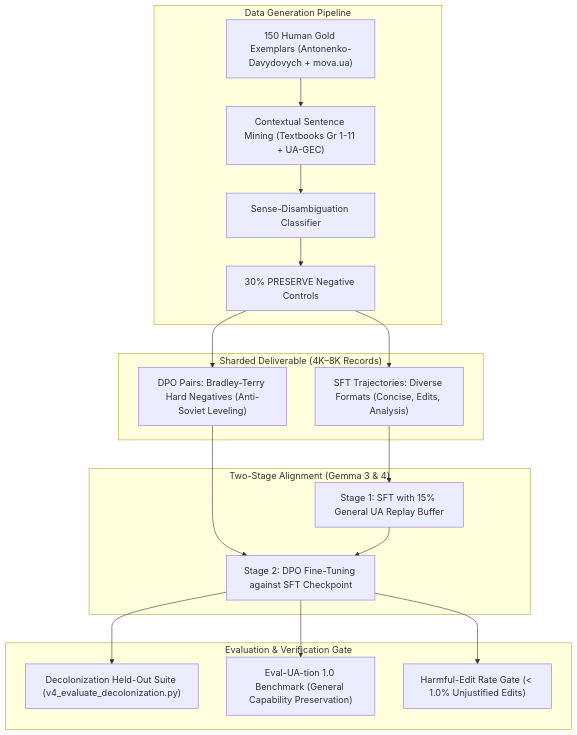
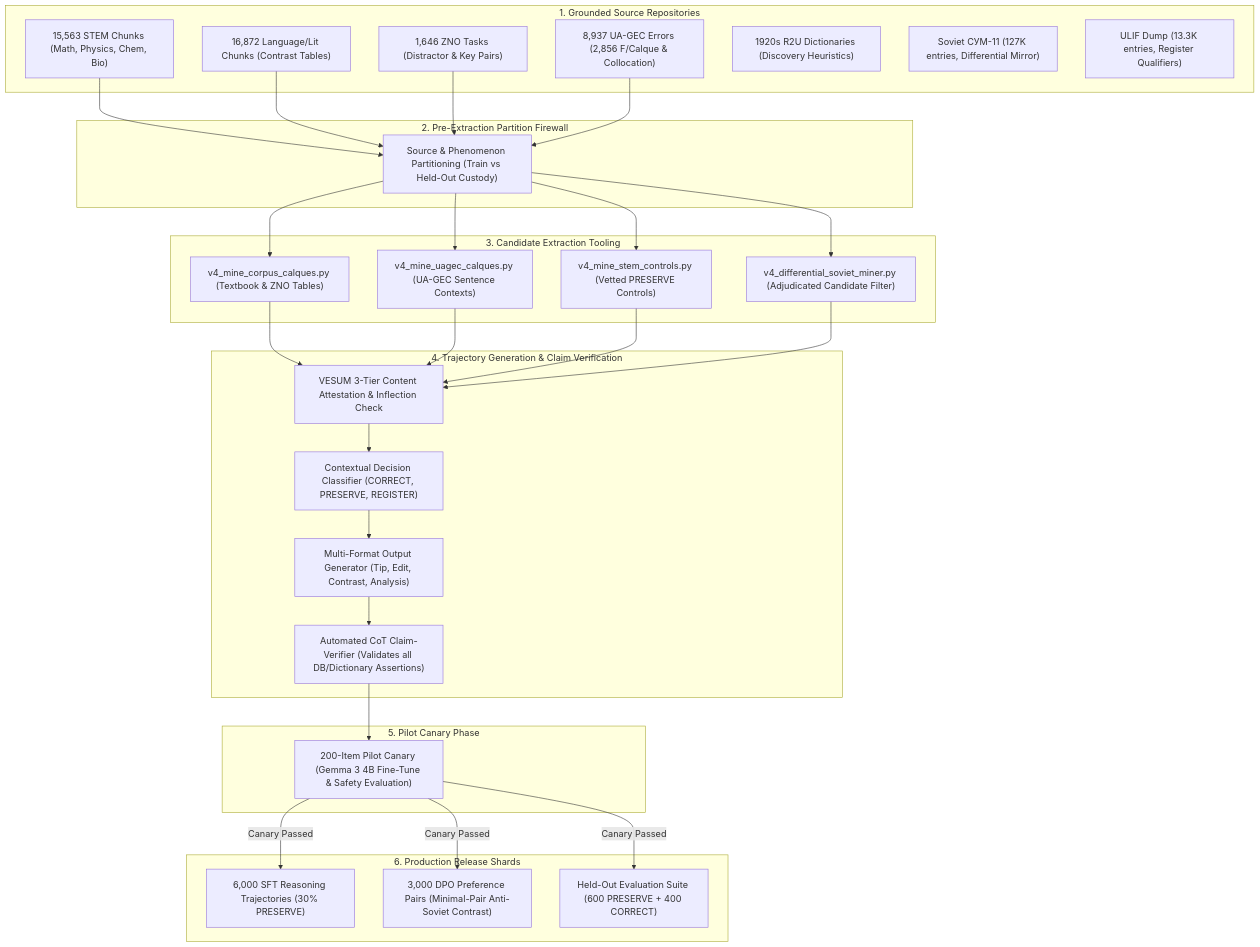
Before and after one commit to learn-ukrainian/learn-ukrainian.github.io: the diagram in docs/projects/open-model-data/DECOLONIZATION_EPIC_ARCHITECTURE.md, drawn with Mermaid. The commit also changed other lines of this file and 1 other file, not shown here.

First line of the commit message:
docs(open-model-data): expand decolonization epic architecture and corpus operational plan

````diff
--- a/docs/projects/open-model-data/DECOLONIZATION_EPIC_ARCHITECTURE.md
+++ b/docs/projects/open-model-data/DECOLONIZATION_EPIC_ARCHITECTURE.md
@@ -79,34 +74,45 @@
 ```mermaid
 flowchart TD
-    subgraph DataGen ["Data Generation Pipeline"]
-        G1["150 Human Gold Exemplars (Antonenko-Davydovych + mova.ua)"]
-        G2["Contextual Sentence Mining (Textbooks Gr 1-11 + UA-GEC)"]
-        G3["Sense-Disambiguation Classifier"]
-        G4["30% PRESERVE Negative Controls"]
-        G1 --> G2 --> G3 --> G4
+    subgraph Sources ["1. Grounded Source Repositories"]
+        T1["15,563 STEM Chunks (Math, Physics, Chem, Bio)"]
+        T2["16,872 Language/Lit Chunks (Contrast Tables)"]
+        Z1["1,646 ZNO Tasks (Distractor & Key Pairs)"]
+        G1["8,937 UA-GEC Errors (2,856 F/Calque & Collocation)"]
+        R1["1920s R2U Dictionaries (Discovery Heuristics)"]
+        S1["Soviet СУМ-11 (127K entries, Differential Mirror)"]
+        U1["ULIF Dump (13.3K entries, Register Qualifiers)"]
     end
 
-    subgraph Shards ["Sharded Deliverable (4K–8K Records)"]
-        S1["SFT Trajectories: Diverse Formats (Concise, Edits, Analysis)"]
-        S2["DPO Pairs: Bradley-Terry Hard Negatives (Anti-Soviet Leveling)"]
-        G4 --> S1
-        G4 --> S2
+    subgraph Partitioning ["2. Pre-Extraction Partition Firewall"]
+        PF["Source & Phenomenon Partitioning (Train vs Held-Out Custody)"]
+        T1 & T2 & Z1 & G1 --> PF
     end
 
-    subgraph Training ["Two-Stage Alignment (Gemma 3 & 4)"]
-        T1["Stage 1: SFT with 15% General UA Replay Buffer"]
-        T2["Stage 2: DPO Fine-Tuning against SFT Checkpoint"]
-        S1 --> T1
-        S2 --> T2
-        T1 --> T2
+    subgraph Extraction ["3. Candidate Extraction Tooling"]
+        E1["v4_mine_corpus_calques.py (Textbook & ZNO Tables)"]
+        E2["v4_mine_uagec_calques.py (UA-GEC Sentence Contexts)"]
+        E3["v4_mine_stem_controls.py (Vetted PRESERVE Controls)"]
+        E4["v4_differential_soviet_miner.py (Adjudicated Candidate Filter)"]
+        PF --> E1 & E2 & E3 & E4
     end
 
-    subgraph Evaluation ["Evaluation & Verification Gate"]
-        E1["Decolonization Held-Out Suite (v4_evaluate_decolonization.py)"]
-        E2["Eval-UA-tion 1.0 Benchmark (General Capability Preservation)"]
-        E3["Harmful-Edit Rate Gate (< 1.0% Unjustified Edits)"]
-        T2 --> E1
-        T2 --> E2
-        T2 --> E3
+    subgraph Synthesis ["4. Trajectory Generation & Claim Verification"]
+        V1["VESUM 3-Tier Content Attestation & Inflection Check"]
+        V2["Contextual Decision Classifier (CORRECT, PRESERVE, REGISTER)"]
+        V3["Multi-Format Output Generator (Tip, Edit, Contrast, Analysis)"]
+        V4["Automated CoT Claim-Verifier (Validates all DB/Dictionary Assertions)"]
+        E1 & E2 & E3 & E4 --> V1 --> V2 --> V3 --> V4
+    end
+
+    subgraph Canary ["5. Pilot Canary Phase"]
+        PC["200-Item Pilot Canary (Gemma 3 4B Fine-Tune & Safety Evaluation)"]
+        V4 --> PC
+    end
+
+    subgraph Deliverables ["6. Production Release Shards"]
+        D1["6,000 SFT Reasoning Trajectories (30% PRESERVE)"]
+        D2["3,000 DPO Preference Pairs (Minimal-Pair Anti-Soviet Contrast)"]
+        D3["Held-Out Evaluation Suite (600 PRESERVE + 400 CORRECT)"]
+        PC -->|Canary Passed| D1 & D2 & D3
     end
 ```
````
